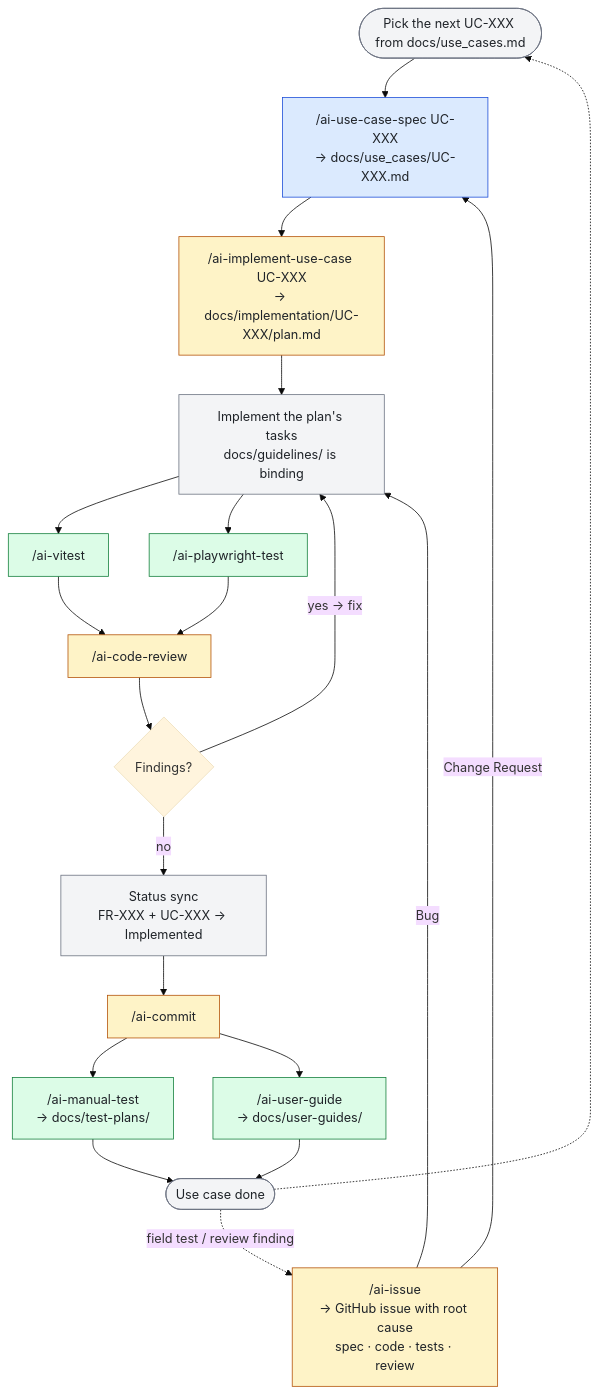
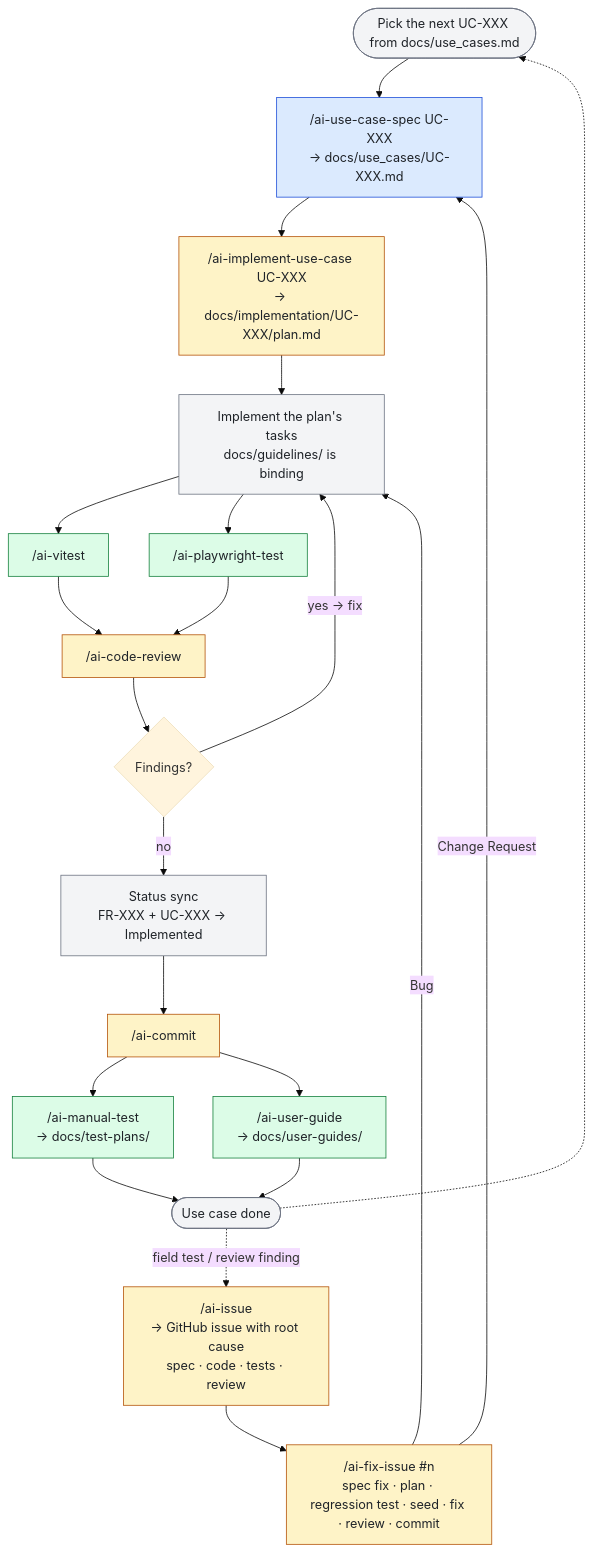
One commit to liitu-ch/liitu-ai-architect-marketplace changed the third of 3 diagrams in README.md. Above: the diagram before and after it, drawn with Mermaid (base theme). The commit also changed other lines of this file and 4 other files, not shown here.

First line of the commit message:
feat(dev-tools): add fix-issue skill orchestrating spec, tests, seed data, fix and review

````diff
--- a/README.md
+++ b/README.md
@@ -161,30 +166,32 @@
 ```mermaid
 flowchart TD
     pick([Pick the next UC-XXX from docs/use_cases.md]) --> spec
     spec["/ai-use-case-spec UC-XXX<br/>→ docs/use_cases/UC-XXX.md"] --> plan
     plan["/ai-implement-use-case UC-XXX<br/>→ docs/implementation/UC-XXX/plan.md"] --> impl
     impl["Implement the plan's tasks<br/>docs/guidelines/ is binding"] --> unit & e2e
     unit["/ai-vitest"] --> review
     e2e["/ai-playwright-test"] --> review
     review["/ai-code-review"] --> findings{Findings?}
     findings -- "yes → fix" --> impl
     findings -- "no" --> sync
     sync["Status sync<br/>FR-XXX + UC-XXX → Implemented"] --> commit
     commit["/ai-commit"] --> manual & guide
     manual["/ai-manual-test<br/>→ docs/test-plans/"] --> done
     guide["/ai-user-guide<br/>→ docs/user-guides/"] --> done
     done([Use case done]) -.-> pick
     done -. "field test / review finding" .-> issue
     issue["/ai-issue<br/>→ GitHub issue with root cause<br/>spec · code · tests · review"]
-    issue -- "Change Request" --> spec
-    issue -- "Bug" --> impl
+    issue --> fix
+    fix["/ai-fix-issue #n<br/>spec fix · plan · regression test · seed · fix · review · commit"]
+    fix -- "Change Request" --> spec
+    fix -- "Bug" --> impl
 
     classDef core fill:#dbeafe,stroke:#1d4ed8,color:#1f2328
     classDef testing fill:#dcfce7,stroke:#15803d,color:#1f2328
     classDef devtools fill:#fef3c7,stroke:#b45309,color:#1f2328
     classDef step fill:#f3f4f6,stroke:#6b7280,color:#1f2328
     class spec core
     class unit,e2e,manual,guide testing
-    class plan,review,commit,issue devtools
+    class plan,review,commit,issue,fix devtools
     class pick,impl,sync,done step
 ```
````
